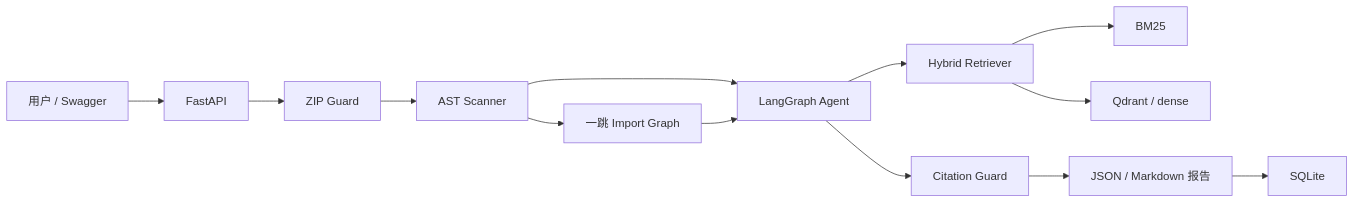
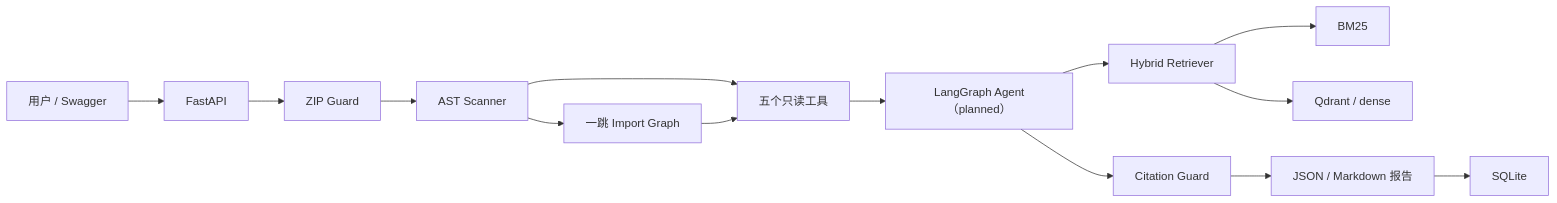
The diagram in notes/MigrationLens_项目说明与每日开发计划.md (chenxinsong0623-ops/PyMigrate-Agent), drawn with Mermaid before and after one commit. The commit also changed other lines of this file and 13 other files, not shown here.

````diff
--- a/notes/MigrationLens_项目说明与每日开发计划.md
+++ b/notes/MigrationLens_项目说明与每日开发计划.md
@@ -590,15 +626,16 @@
 ```mermaid
 flowchart LR
     U["用户 / Swagger"] --> API["FastAPI"]
     API --> Z["ZIP Guard"]
     Z --> A["AST Scanner"]
     A --> I["一跳 Import Graph"]
-    A --> AG["LangGraph Agent"]
-    I --> AG
+    A --> T["五个只读工具"]
+    I --> T
+    T --> AG["LangGraph Agent（planned）"]
     AG --> R["Hybrid Retriever"]
     R --> B["BM25"]
     R --> Q["Qdrant / dense"]
     AG --> C["Citation Guard"]
     C --> O["JSON / Markdown 报告"]
     O --> S["SQLite"]
 ```
````
